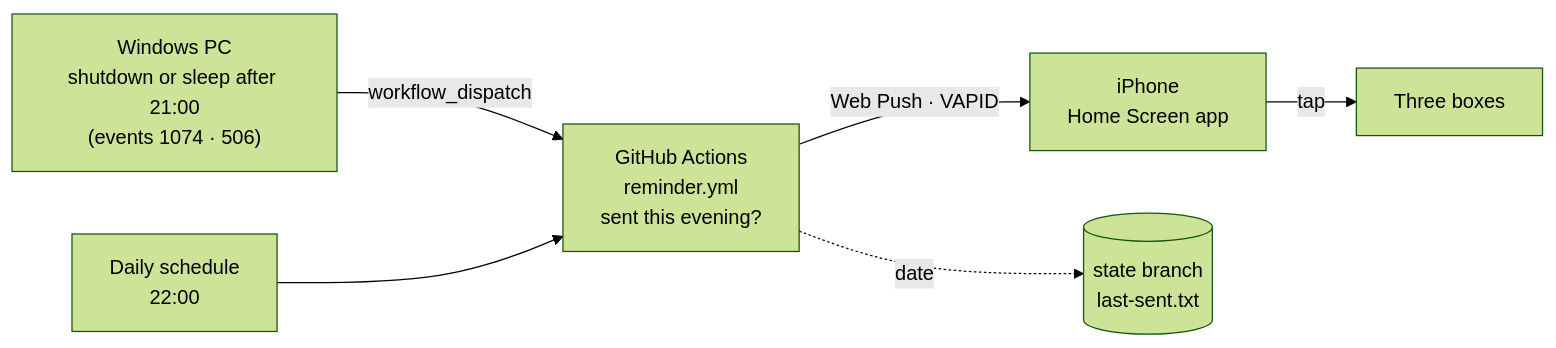
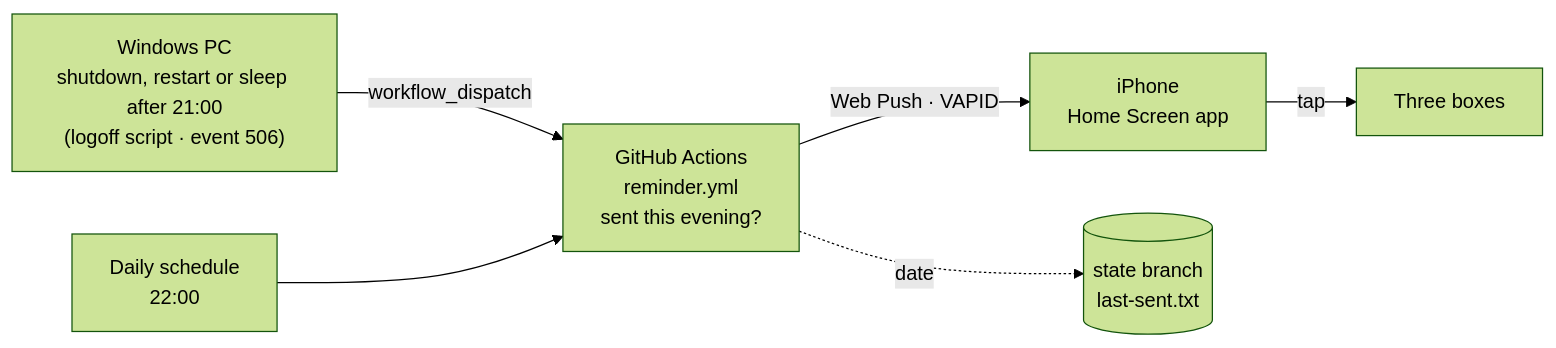
One commit to YILDIRIMZX/aksam-notu changed the diagram in README.md. Above: the diagram before and after it, drawn with Mermaid (forest theme). The commit also changed other lines of this file and 12 other files, not shown here.

````diff
--- a/README.md
+++ b/README.md
@@ -33,8 +33,8 @@
 ```mermaid
 flowchart LR
-  PC["Windows PC<br/>shutdown or sleep after 21:00<br/>(events 1074 · 506)"] -- "workflow_dispatch" --> GA
+  PC["Windows PC<br/>shutdown, restart or sleep after 21:00<br/>(logoff script · event 506)"] -- "workflow_dispatch" --> GA
   Cron["Daily schedule<br/>22:00"] --> GA
   GA["GitHub Actions<br/>reminder.yml<br/>sent this evening?"] -- "Web Push · VAPID" --> Phone["iPhone<br/>Home Screen app"]
   GA -. "date" .-> State[("state branch<br/>last-sent.txt")]
   Phone -- "tap" --> Note["Three boxes"]
 ```
````
